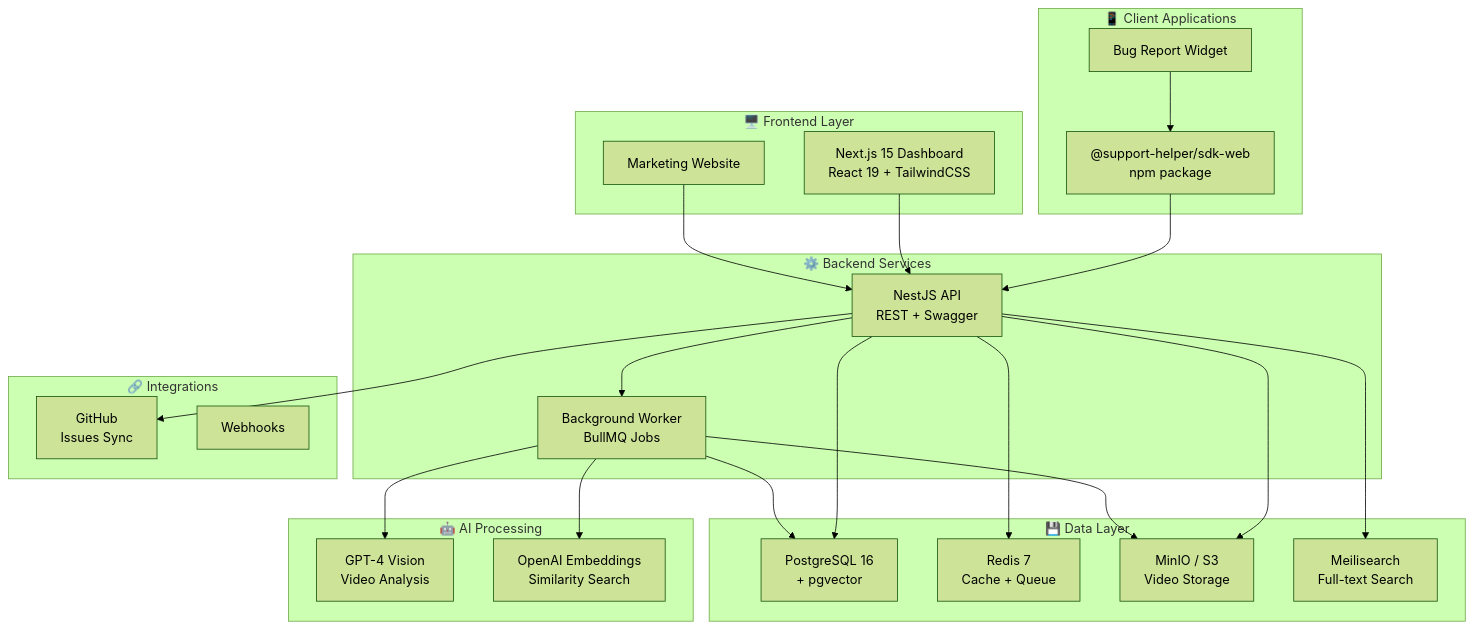
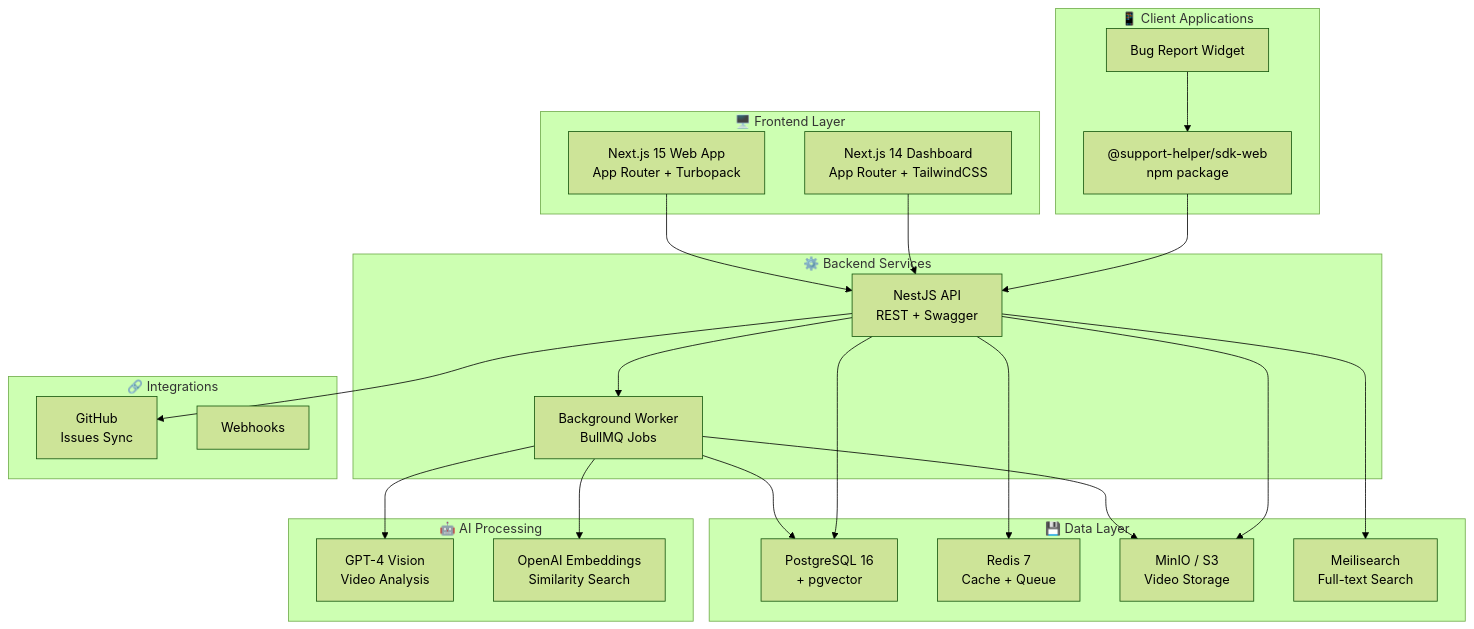
One commit to KJ-devs/supportHelperv2 changed the diagram in README.md. Above: the diagram before and after it, drawn with Mermaid (forest theme). The commit also changed other lines of this file and 9 other files, not shown here.

````diff
--- a/README.md
+++ b/README.md
@@ -26,49 +26,49 @@
 ```mermaid
 flowchart TB
     subgraph Clients["📱 Client Applications"]
         SDK["@support-helper/sdk-web<br/>npm package"]
         Widget["Bug Report Widget"]
     end
 
     subgraph Frontend["🖥️ Frontend Layer"]
-        Dashboard["Next.js 15 Dashboard<br/>React 19 + TailwindCSS"]
-        Web["Marketing Website"]
+        Dashboard["Next.js 14 Dashboard<br/>App Router + TailwindCSS"]
+        Web["Next.js 15 Web App<br/>App Router + Turbopack"]
     end
 
     subgraph Backend["⚙️ Backend Services"]
         API["NestJS API<br/>REST + Swagger"]
         Worker["Background Worker<br/>BullMQ Jobs"]
     end
 
     subgraph AI["🤖 AI Processing"]
         Vision["GPT-4 Vision<br/>Video Analysis"]
         Embeddings["OpenAI Embeddings<br/>Similarity Search"]
     end
 
     subgraph Data["💾 Data Layer"]
         PG["PostgreSQL 16<br/>+ pgvector"]
         Redis["Redis 7<br/>Cache + Queue"]
         S3["MinIO / S3<br/>Video Storage"]
         Search["Meilisearch<br/>Full-text Search"]
     end
 
     subgraph External["🔗 Integrations"]
         GitHub["GitHub<br/>Issues Sync"]
         Webhooks["Webhooks"]
     end
 
     SDK --> API
     Widget --> SDK
     Dashboard --> API
     Web --> API
     API --> Worker
     Worker --> Vision
     Worker --> Embeddings
     API --> PG
     API --> Redis
     API --> S3
     API --> Search
     API --> GitHub
     Worker --> PG
     Worker --> S3
 ```
````
